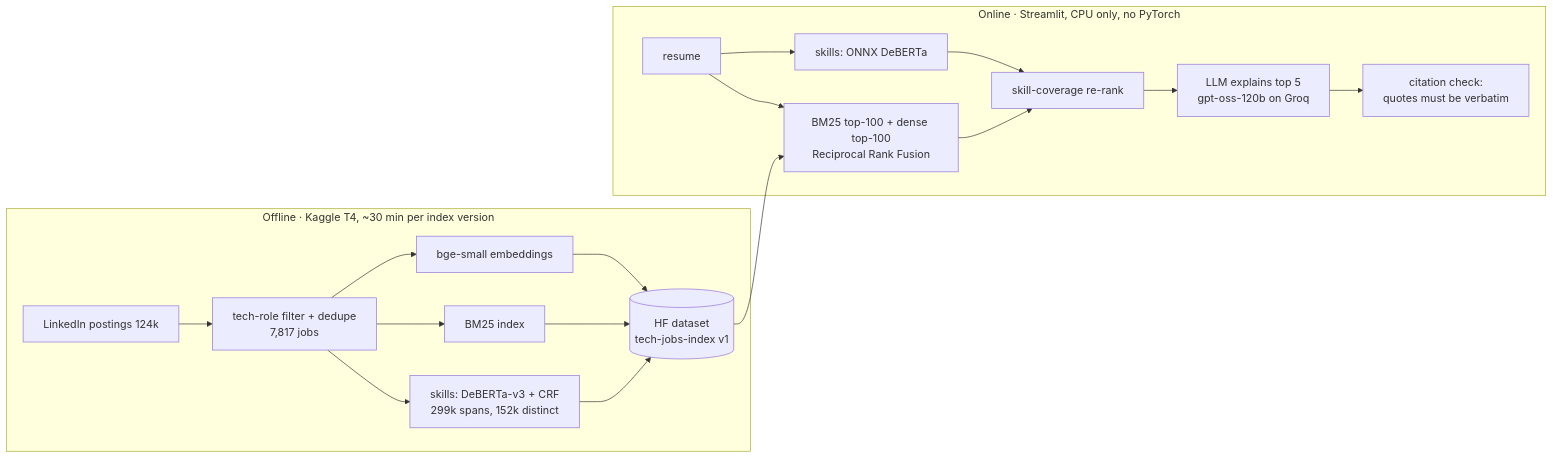
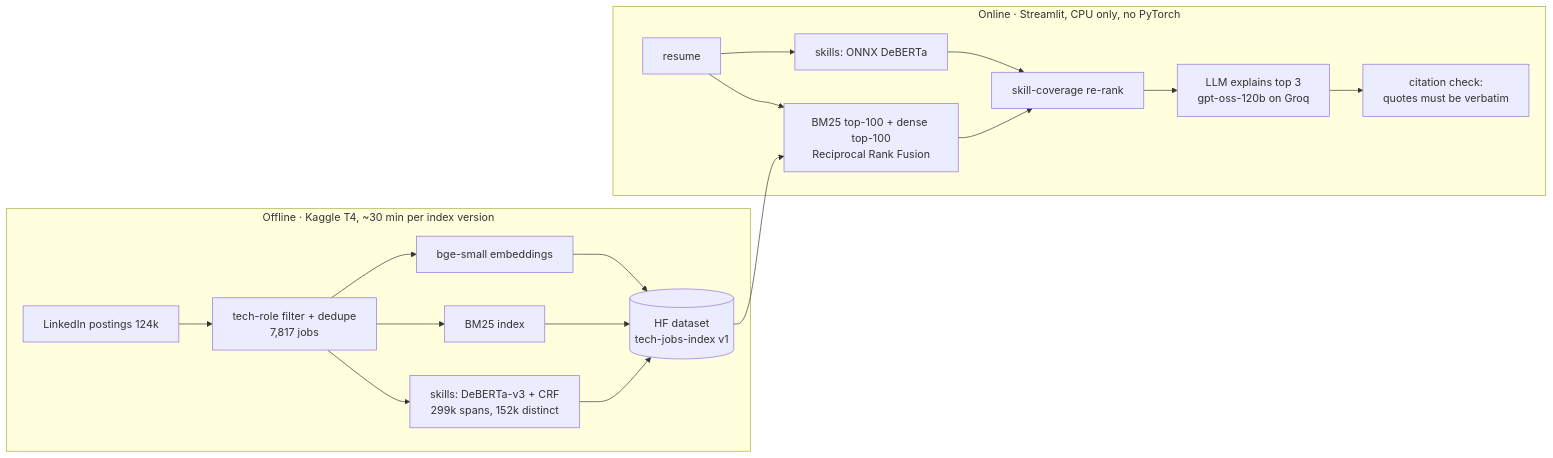
Before and after one commit to MSR327/resume-job-matcher: the diagram in README.md, drawn with Mermaid. The commit also changed other lines of this file and 9 other files, not shown here.

````diff
--- a/README.md
+++ b/README.md
@@ -15,19 +15,19 @@
 ```mermaid
 flowchart LR
   subgraph offline["Offline · Kaggle T4, ~30 min per index version"]
     A[LinkedIn postings 124k] --> B[tech-role filter + dedupe<br/>7,817 jobs]
     B --> C[bge-small embeddings]
     B --> D[BM25 index]
     B --> E[skills: DeBERTa-v3 + CRF<br/>299k spans, 152k distinct]
     C & D & E --> F[(HF dataset<br/>tech-jobs-index v1)]
   end
   subgraph online["Online · Streamlit, CPU only, no PyTorch"]
     R[resume] --> S[skills: ONNX DeBERTa]
     R --> H[BM25 top-100 + dense top-100<br/>Reciprocal Rank Fusion]
     F --> H
     H --> K[skill-coverage re-rank]
     S --> K
-    K --> L[LLM explains top 5<br/>gpt-oss-120b on Groq]
+    K --> L[LLM explains top 3<br/>gpt-oss-120b on Groq]
     L --> V[citation check:<br/>quotes must be verbatim]
   end
 ```
````
